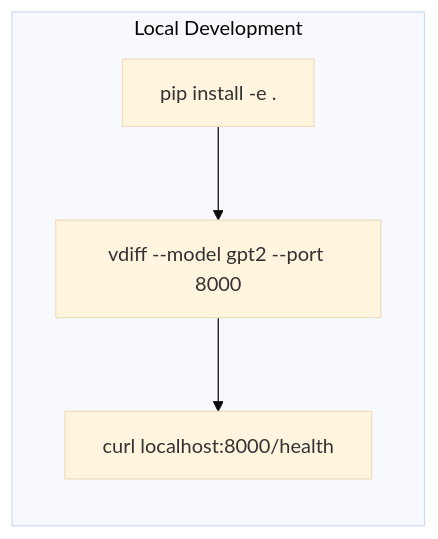
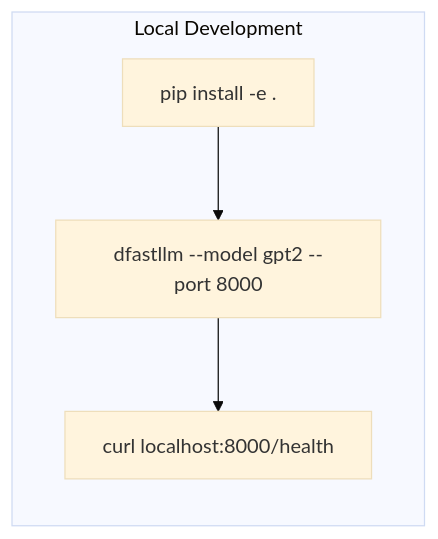
Before and after one commit to mwaykole/vdiff: the second of 12 diagrams in docs/dev-doc/09-deployment.md, drawn with Mermaid (base theme). The commit also changed other lines of this file and 53 other files, not shown here.

First line of the commit message:
refactor: Rename all vdiff references to dfastllm

````diff
--- a/docs/dev-doc/09-deployment.md
+++ b/docs/dev-doc/09-deployment.md
@@ -42,10 +42,10 @@
 ```mermaid
 flowchart LR
     subgraph Local["Local Development"]
         INSTALL["pip install -e ."]
-        RUN["vdiff --model gpt2 --port 8000"]
+        RUN["dfastllm --model gpt2 --port 8000"]
         TEST["curl localhost:8000/health"]
     end
     
     INSTALL --> RUN --> TEST
 ```
````
